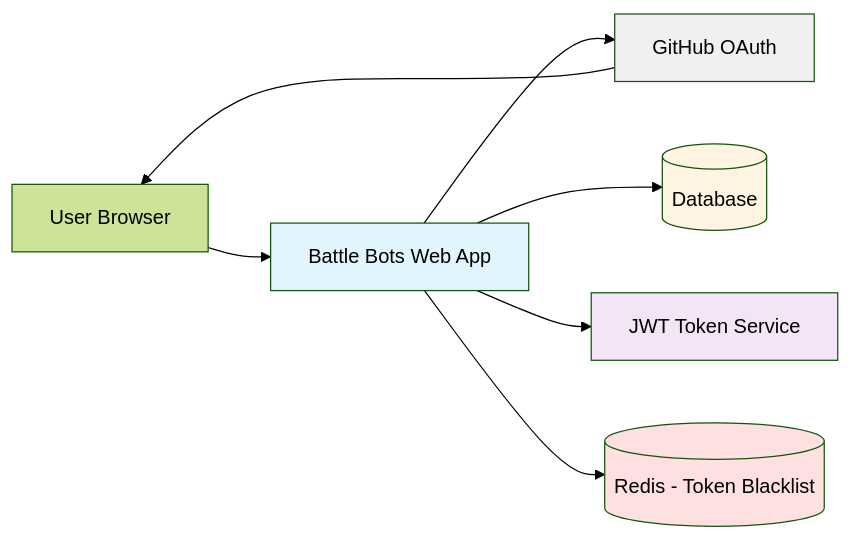
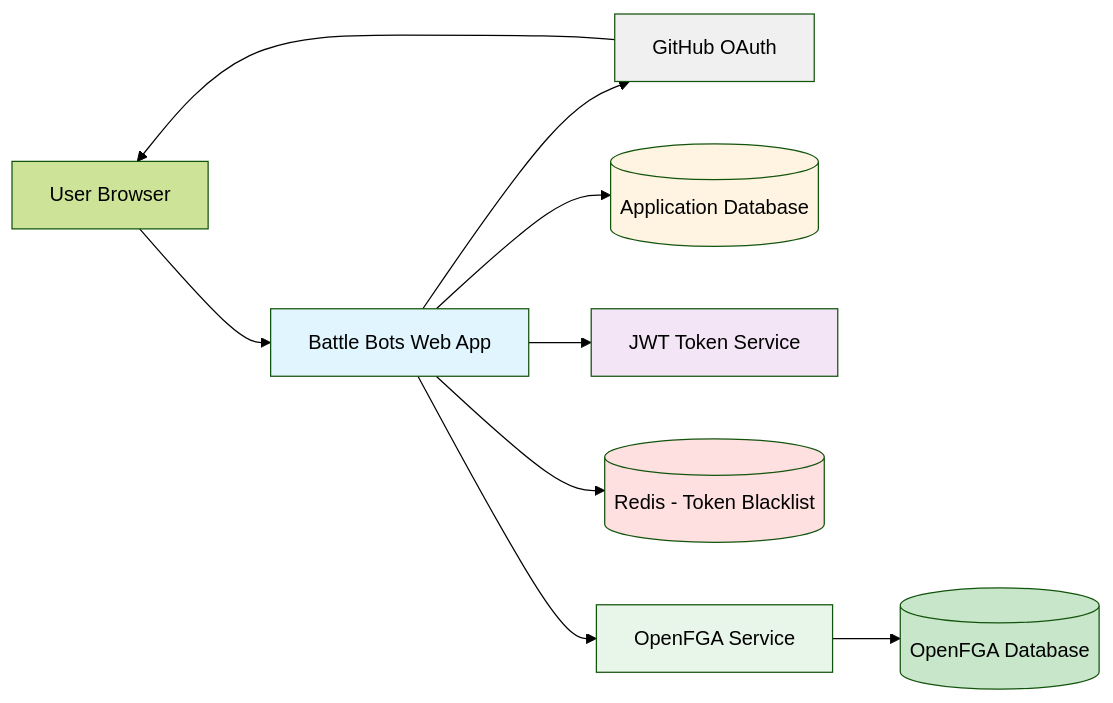
Before and after one commit to z5labs/battlebots: the first of 12 diagrams in docs/content/r&d/adrs/0002-user-registration-via-github-oauth.md, drawn with Mermaid (forest theme). The commit also changed other lines of this file, not shown here.

````diff
--- a/docs/content/r&d/adrs/0002-user-registration-via-github-oauth.md
+++ b/docs/content/r&d/adrs/0002-user-registration-via-github-oauth.md
@@ -100,15 +116,19 @@
 ```mermaid
 graph LR
     User[User Browser] --> WebApp[Battle Bots Web App]
     WebApp --> GitHub[GitHub OAuth]
-    WebApp --> DB[(Database)]
+    WebApp --> DB[(Application Database)]
     WebApp --> JWT[JWT Token Service]
     WebApp --> Redis[(Redis - Token Blacklist)]
+    WebApp --> AuthZ[OpenFGA Service]
+    AuthZ --> FGA_DB[(OpenFGA Database)]
     GitHub --> User
 
     style WebApp fill:#e1f5ff
     style GitHub fill:#f0f0f0
     style DB fill:#fff4e1
     style JWT fill:#f3e5f5
     style Redis fill:#ffe0e0
+    style AuthZ fill:#e8f5e9
+    style FGA_DB fill:#c8e6c9
 ```
````
